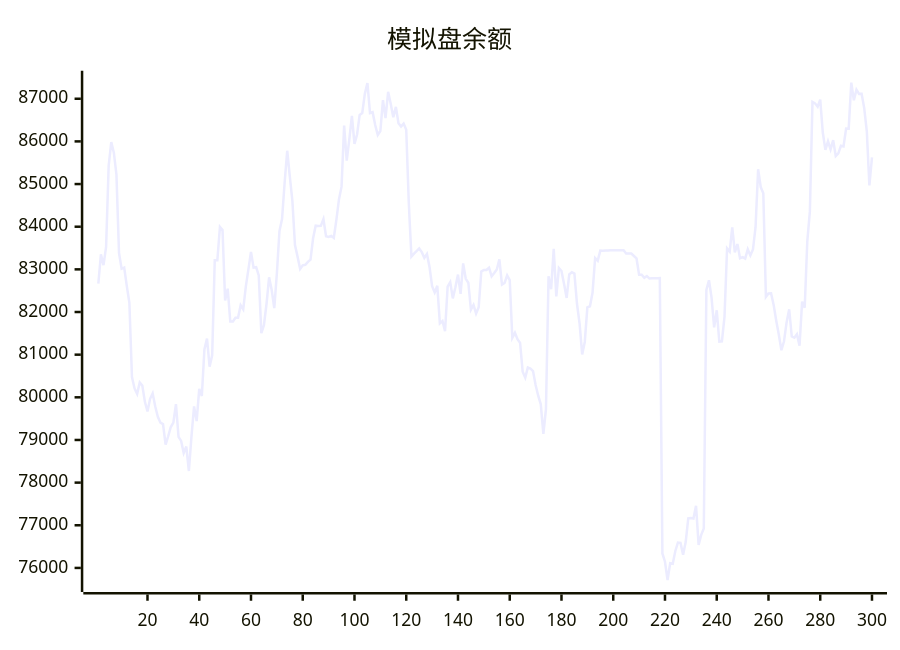
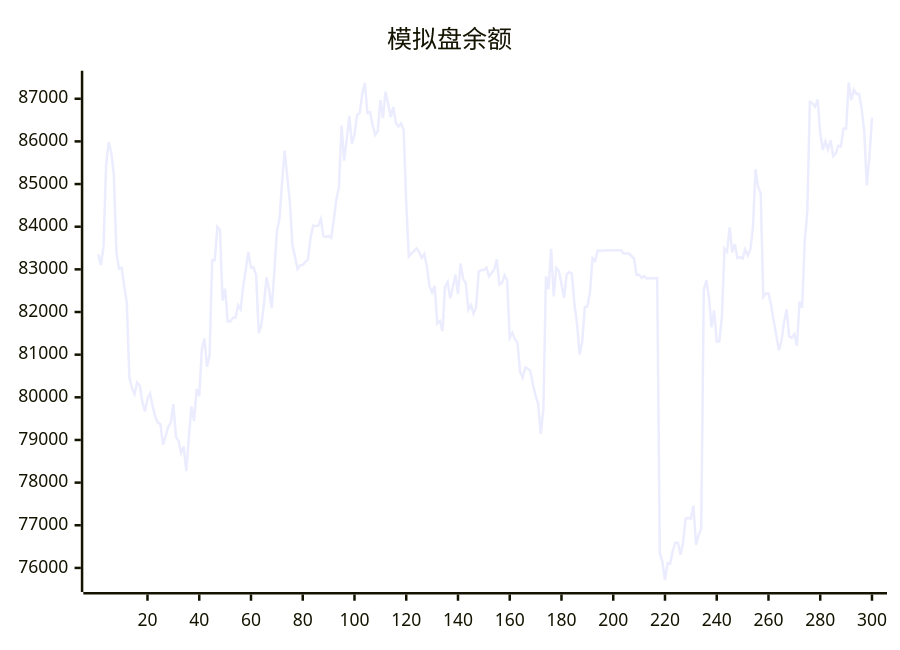
The diagram in README.md (aahl/ai-trading), drawn with Mermaid before and after one commit. The commit also changed other lines of this file and 1 other file, not shown here.

````diff
--- a/README.md
+++ b/README.md
@@ -5,5 +5,5 @@
 ```mermaid
 xychart
     title "模拟盘余额"
-    line [82665,83351,83098,83525,85430,85983,85737,85221,83378,83014,83043,82613,82216,80477,80208,80081,80348,80277,79894,79670,79965,80093,79786,79542,79406,79371,78893,79087,79304,79406,79841,79072,78978,78696,78846,78272,79085,79787,79442,80198,80031,81120,81379,80718,80985,83214,83212,83993,83921,82270,82547,81776,81776,81866,81866,82158,82061,82596,83000,83408,83041,83050,82858,81503,81691,82188,82812,82517,82092,82901,83898,84180,85030,85781,85178,84604,83569,83298,83008,83093,83107,83175,83228,83729,84025,84017,84019,84177,83775,83762,83785,83738,84160,84639,84939,86370,85548,86046,86599,85942,86161,86622,86664,87115,87369,86666,86685,86384,86152,86243,86969,86548,87164,86885,86566,86809,86427,86348,86417,86273,84538,83299,83369,83430,83490,83404,83270,83362,83056,82605,82459,82614,81734,81788,81551,82598,82702,82320,82580,82878,82426,83139,82778,82686,82056,82166,81963,82110,82951,82983,82984,83038,82838,82915,82998,83235,82642,82682,82858,82746,81396,81512,81362,81277,80600,80461,80699,80673,80616,80288,80038,79836,79142,79722,82837,82533,83480,82366,83032,82960,82654,82330,82883,82934,82901,82188,81728,81005,81298,82110,82135,82449,83264,83203,83440,83439,83440,83440,83446,83447,83448,83447,83448,83449,83369,83369,83369,83313,83256,82872,82873,82801,82844,82785,82791,82791,82793,82794,76339,76145,75714,76110,76096,76397,76594,76585,76310,76607,77160,77170,77160,77456,76541,76774,76927,82520,82744,82337,81639,82040,81307,81314,81887,83490,83414,83984,83396,83594,83261,83287,83253,83470,83327,83465,83987,85348,84930,84786,82355,82433,82438,82167,81795,81466,81105,81315,81756,82064,81426,81398,81481,81210,82242,82099,83658,84359,86925,86892,86814,86980,86203,85802,86003,85811,86028,85657,85721,85896,85880,86300,86299,87378,86965,87214,87115,87118,86780,86238,84966,85623]
+    line [83351,83098,83525,85430,85983,85737,85221,83378,83014,83043,82613,82216,80477,80208,80081,80348,80277,79894,79670,79965,80093,79786,79542,79406,79371,78893,79087,79304,79406,79841,79072,78978,78696,78846,78272,79085,79787,79442,80198,80031,81120,81379,80718,80985,83214,83212,83993,83921,82270,82547,81776,81776,81866,81866,82158,82061,82596,83000,83408,83041,83050,82858,81503,81691,82188,82812,82517,82092,82901,83898,84180,85030,85781,85178,84604,83569,83298,83008,83093,83107,83175,83228,83729,84025,84017,84019,84177,83775,83762,83785,83738,84160,84639,84939,86370,85548,86046,86599,85942,86161,86622,86664,87115,87369,86666,86685,86384,86152,86243,86969,86548,87164,86885,86566,86809,86427,86348,86417,86273,84538,83299,83369,83430,83490,83404,83270,83362,83056,82605,82459,82614,81734,81788,81551,82598,82702,82320,82580,82878,82426,83139,82778,82686,82056,82166,81963,82110,82951,82983,82984,83038,82838,82915,82998,83235,82642,82682,82858,82746,81396,81512,81362,81277,80600,80461,80699,80673,80616,80288,80038,79836,79142,79722,82837,82533,83480,82366,83032,82960,82654,82330,82883,82934,82901,82188,81728,81005,81298,82110,82135,82449,83264,83203,83440,83439,83440,83440,83446,83447,83448,83447,83448,83449,83369,83369,83369,83313,83256,82872,82873,82801,82844,82785,82791,82791,82793,82794,76339,76145,75714,76110,76096,76397,76594,76585,76310,76607,77160,77170,77160,77456,76541,76774,76927,82520,82744,82337,81639,82040,81307,81314,81887,83490,83414,83984,83396,83594,83261,83287,83253,83470,83327,83465,83987,85348,84930,84786,82355,82433,82438,82167,81795,81466,81105,81315,81756,82064,81426,81398,81481,81210,82242,82099,83658,84359,86925,86892,86814,86980,86203,85802,86003,85811,86028,85657,85721,85896,85880,86300,86299,87378,86965,87214,87115,87118,86780,86238,84966,85623,86555]
 ```
````
